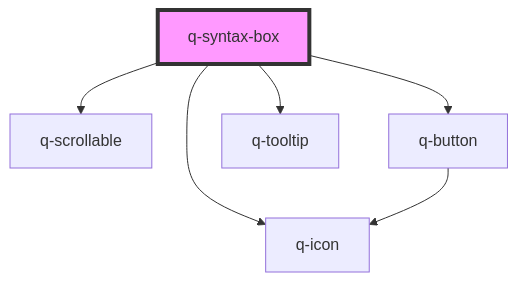
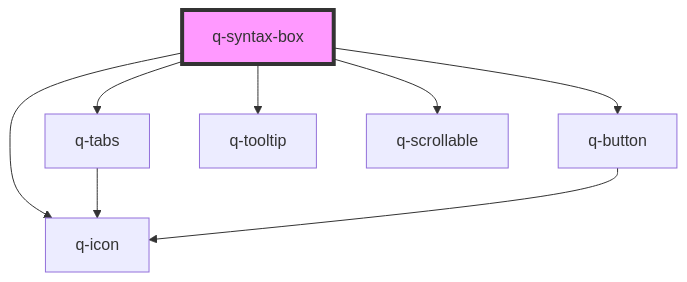
Before and after one commit to XsAndre-L/WebQuark: the diagram in src/browser/components/data-display/syntax-box/readme.md, drawn with Mermaid. The commit also changed other lines of this file and 67 other files, not shown here.

Commit message:
Syntax Box Cleanup & property display updates

````diff
--- a/src/browser/components/data-display/syntax-box/readme.md
+++ b/src/browser/components/data-display/syntax-box/readme.md
@@ -97,9 +98,11 @@
 ```mermaid
 graph TD;
-  q-syntax-box --> q-scrollable
+  q-syntax-box --> q-tabs
   q-syntax-box --> q-button
   q-syntax-box --> q-icon
   q-syntax-box --> q-tooltip
+  q-syntax-box --> q-scrollable
+  q-tabs --> q-icon
   q-button --> q-icon
   style q-syntax-box fill:#f9f,stroke:#333,stroke-width:4px
 ```
````
